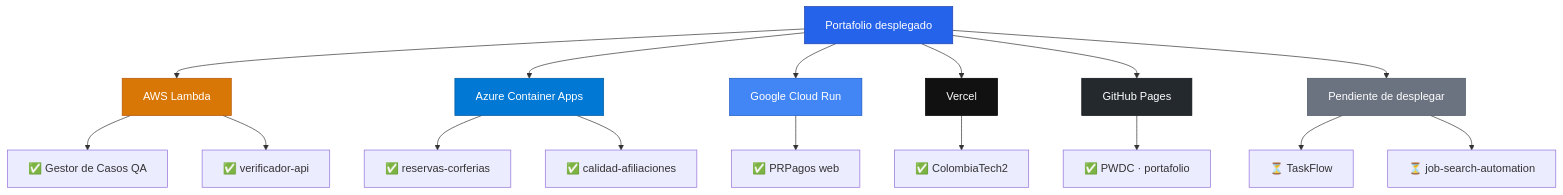
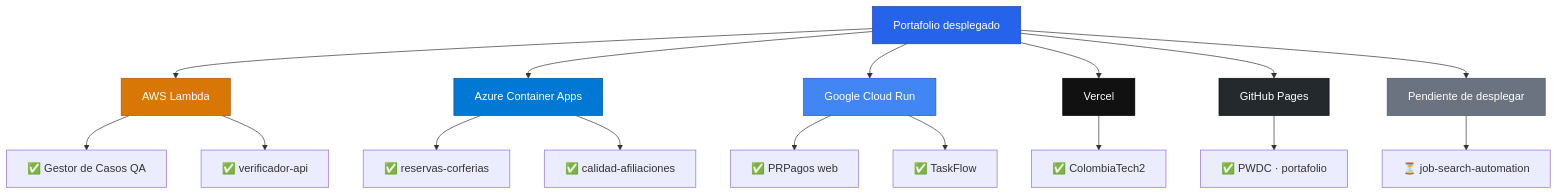
The diagram in README.md (lariasca1994/lariasca1994), drawn with Mermaid before and after one commit. The commit also changed other lines of this file, not shown here.

````diff
--- a/README.md
+++ b/README.md
@@ -57,32 +57,32 @@
 ```mermaid
 graph TB
     A[Portafolio desplegado] --> AWS[AWS Lambda]
     A --> AZ[Azure Container Apps]
     A --> GCP[Google Cloud Run]
     A --> VER[Vercel]
     A --> GHP[GitHub Pages]
     A --> PEND[Pendiente de desplegar]
 
     AWS --> AWS1[✅ Gestor de Casos QA]
     AWS --> AWS2[✅ verificador-api]
 
     AZ --> AZ1[✅ reservas-corferias]
     AZ --> AZ2[✅ calidad-afiliaciones]
 
     GCP --> GCP1[✅ PRPagos web]
+    GCP --> GCP2[✅ TaskFlow]
 
     VER --> VER1[✅ ColombiaTech2]
 
     GHP --> GHP1[✅ PWDC · portafolio]
 
-    PEND --> PEND1[⏳ TaskFlow]
-    PEND --> PEND2[⏳ job-search-automation]
+    PEND --> PEND1[⏳ job-search-automation]
 
     style A fill:#2563EB,stroke:#1E40AF,color:#fff
     style AWS fill:#D97706,stroke:#B45309,color:#fff
     style AZ fill:#0078D4,stroke:#005A9E,color:#fff
     style GCP fill:#4285F4,stroke:#1A56C4,color:#fff
     style VER fill:#111111,stroke:#000000,color:#fff
     style GHP fill:#24292E,stroke:#0D1117,color:#fff
     style PEND fill:#6B7280,stroke:#4B5563,color:#fff
 ```
````
